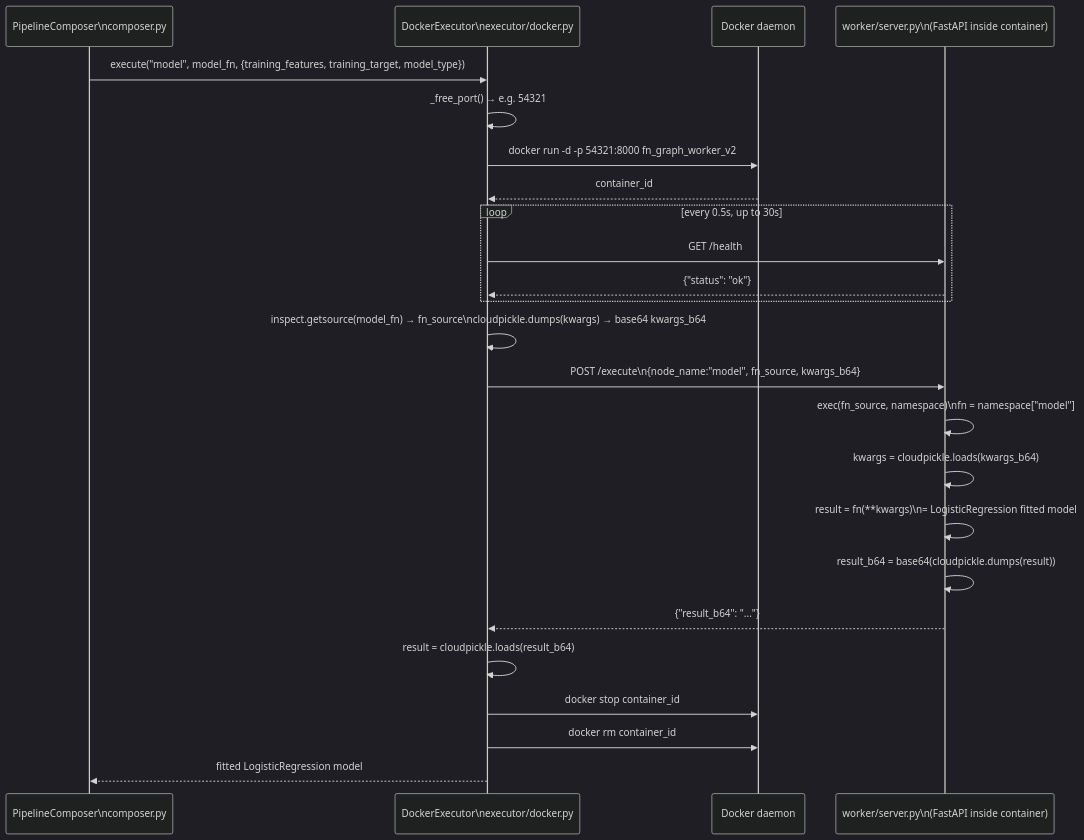
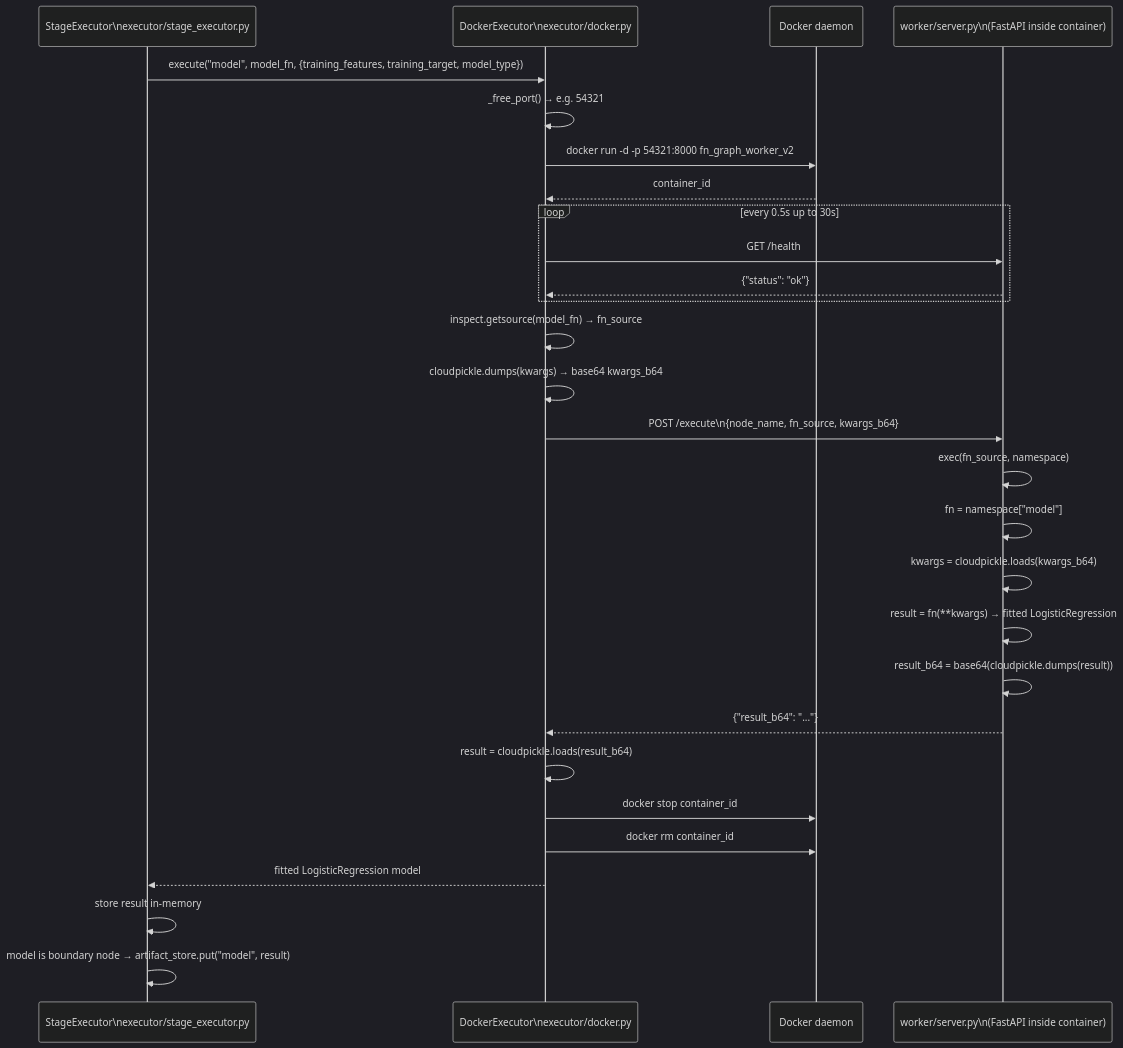
One commit to ganeshhgupta/fn_graph changed the eighth of 12 diagrams in fn_graph/examples/solution/DIAGRAMS.md. Above: the diagram before and after it, drawn with Mermaid (dark theme). The commit also changed other lines of this file, not shown here.

Commit message:
docs: update DIAGRAMS.md for stage partitioning — new diagrams 11 and 12, all others updated

````diff
--- a/fn_graph/examples/solution/DIAGRAMS.md
+++ b/fn_graph/examples/solution/DIAGRAMS.md
@@ -367,35 +385,39 @@
 ```mermaid
 sequenceDiagram
-    participant PC as PipelineComposer\ncomposer.py
+    participant SE as StageExecutor\nexecutor/stage_executor.py
     participant DE as DockerExecutor\nexecutor/docker.py
     participant D as Docker daemon
     participant W as worker/server.py\n(FastAPI inside container)
 
-    PC->>DE: execute("model", model_fn, {training_features, training_target, model_type})
+    SE->>DE: execute("model", model_fn, {training_features, training_target, model_type})
 
     DE->>DE: _free_port() → e.g. 54321
     DE->>D: docker run -d -p 54321:8000 fn_graph_worker_v2
     D-->>DE: container_id
 
-    loop every 0.5s, up to 30s
+    loop every 0.5s up to 30s
         DE->>W: GET /health
         W-->>DE: {"status": "ok"}
     end
 
-    DE->>DE: inspect.getsource(model_fn) → fn_source\ncloudpickle.dumps(kwargs) → base64 kwargs_b64
+    DE->>DE: inspect.getsource(model_fn) → fn_source
+    DE->>DE: cloudpickle.dumps(kwargs) → base64 kwargs_b64
 
-    DE->>W: POST /execute\n{node_name:"model", fn_source, kwargs_b64}
+    DE->>W: POST /execute\n{node_name, fn_source, kwargs_b64}
 
-    W->>W: exec(fn_source, namespace)\nfn = namespace["model"]
+    W->>W: exec(fn_source, namespace)
+    W->>W: fn = namespace["model"]
     W->>W: kwargs = cloudpickle.loads(kwargs_b64)
-    W->>W: result = fn(**kwargs)\n= LogisticRegression fitted model
+    W->>W: result = fn(**kwargs) → fitted LogisticRegression
     W->>W: result_b64 = base64(cloudpickle.dumps(result))
 
     W-->>DE: {"result_b64": "..."}
 
     DE->>DE: result = cloudpickle.loads(result_b64)
     DE->>D: docker stop container_id
     DE->>D: docker rm container_id
 
-    DE-->>PC: fitted LogisticRegression model
+    DE-->>SE: fitted LogisticRegression model
+    SE->>SE: store result in-memory
+    SE->>SE: model is boundary node → artifact_store.put("model", result)
 ```
````
